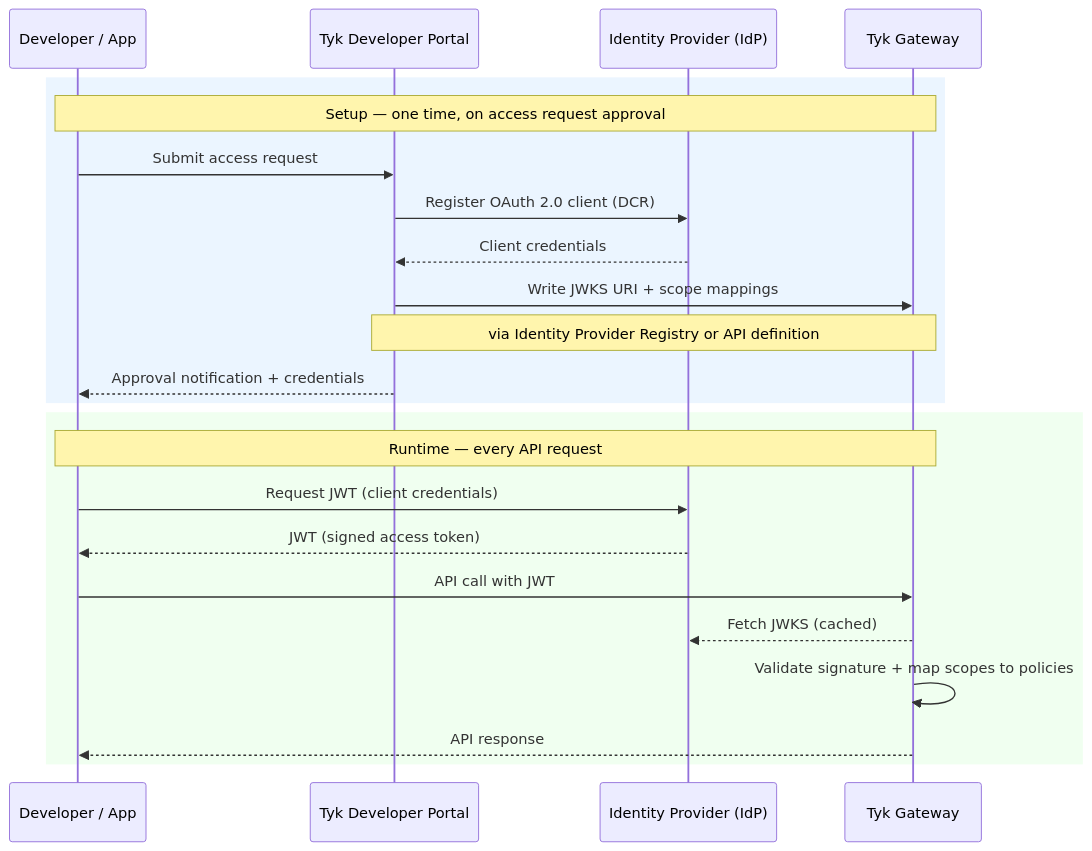
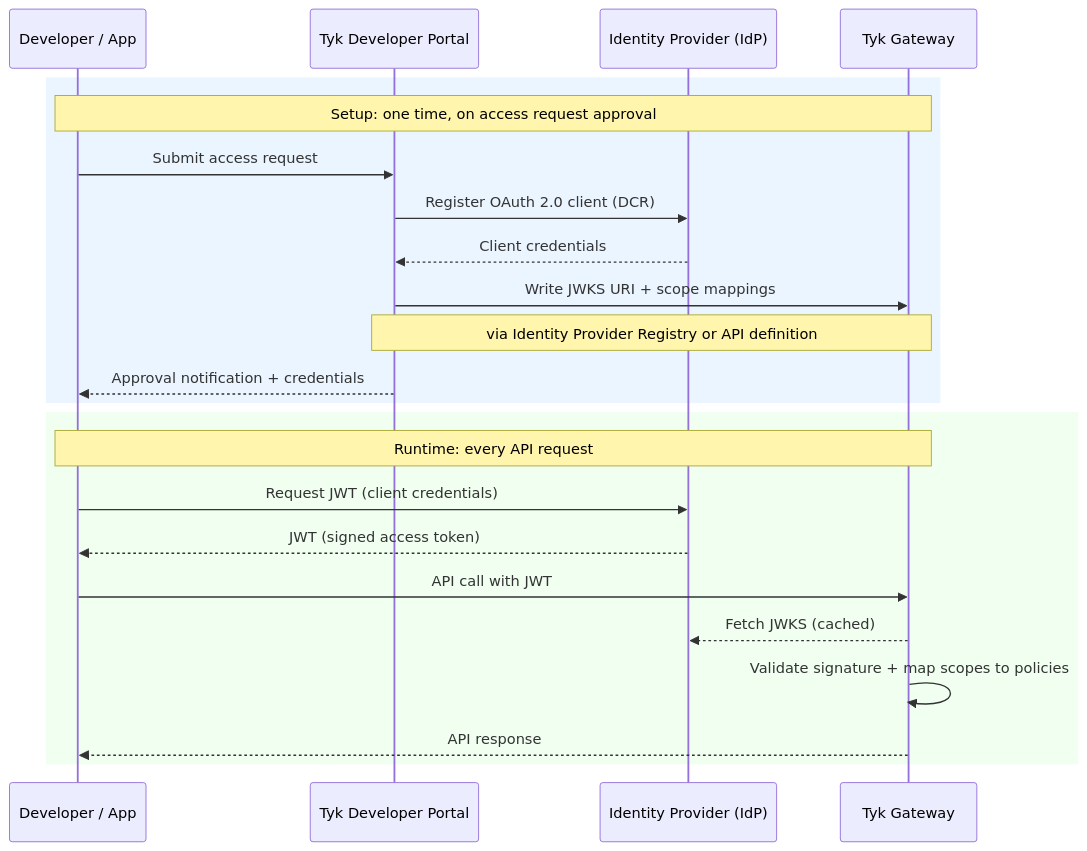
The diagram in tyk-stack/tyk-developer-portal/enterprise-developer-portal/api-access/dynamic-client-registration.mdx (TykTechnologies/tyk-docs), drawn with Mermaid before and after one commit. The commit also changed other lines of this file and 3 other files, not shown here.

````diff
--- a/tyk-stack/tyk-developer-portal/enterprise-developer-portal/api-access/dynamic-client-registration.mdx
+++ b/tyk-stack/tyk-developer-portal/enterprise-developer-portal/api-access/dynamic-client-registration.mdx
@@ -18,27 +18,27 @@
 ```mermaid
 sequenceDiagram
     participant Dev as Developer / App
     participant Portal as Tyk Developer Portal
     participant IdP as Identity Provider (IdP)
     participant GW as Tyk Gateway
 
     rect rgb(235, 245, 255)
-        Note over Dev,GW: Setup — one time, on access request approval
+        Note over Dev,GW: Setup: one time, on access request approval
         Dev->>Portal: Submit access request
         Portal->>IdP: Register OAuth 2.0 client (DCR)
         IdP-->>Portal: Client credentials
         Portal->>GW: Write JWKS URI + scope mappings
         Note over Portal,GW: via Identity Provider Registry or API definition
         Portal-->>Dev: Approval notification + credentials
     end
 
     rect rgb(240, 255, 240)
-        Note over Dev,GW: Runtime — every API request
+        Note over Dev,GW: Runtime: every API request
         Dev->>IdP: Request JWT (client credentials)
         IdP-->>Dev: JWT (signed access token)
         Dev->>GW: API call with JWT
         GW-->>IdP: Fetch JWKS (cached)
         GW->>GW: Validate signature + map scopes to policies
         GW-->>Dev: API response
     end
 ```
````
